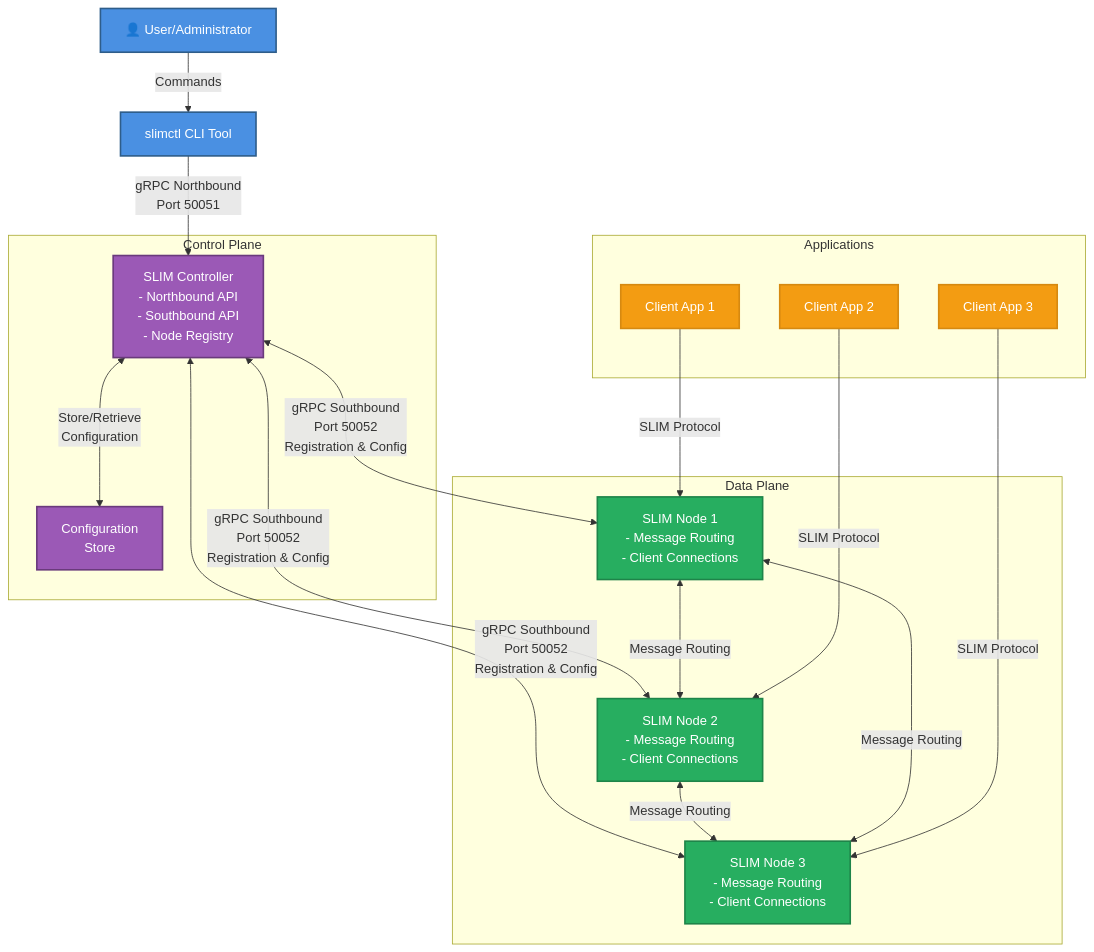
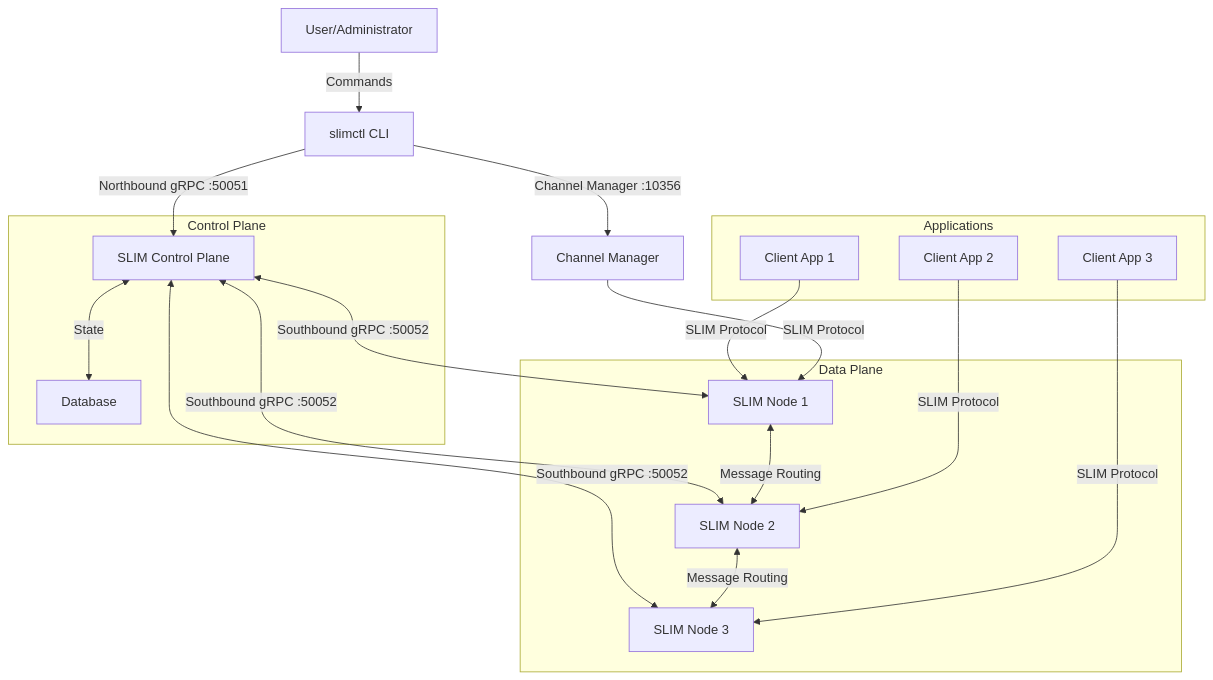
Before and after one commit to agntcy/slim: the first of 2 diagrams in docs/content/slim/slim-controller.md, drawn with Mermaid. The commit also changed other lines of this file and 11 other files, not shown here.

````diff
--- a/docs/content/slim/slim-controller.md
+++ b/docs/content/slim/slim-controller.md
@@ -235,59 +189,38 @@
 ```mermaid
 graph TB
-    %% User and CLI
-    User[👤 User/Administrator]
-    CLI[slimctl CLI Tool]
+    User[User/Administrator]
+    CLI[slimctl CLI]
 
-    %% Control Plane Components
-    subgraph "Control Plane"
-        Controller[SLIM Controller<br/>- Northbound API<br/>- Southbound API<br/>- Node Registry]
-        Config[Configuration<br/>Store]
+    subgraph ControlPlane [Control Plane]
+        Controller[SLIM Control Plane]
+        DB[Database]
     end
 
-    %% Data Plane Nodes
-    subgraph "Data Plane"
-        Node1[SLIM Node 1<br/>- Message Routing<br/>- Client Connections]
-        Node2[SLIM Node 2<br/>- Message Routing<br/>- Client Connections]
-        Node3[SLIM Node 3<br/>- Message Routing<br/>- Client Connections]
+    subgraph DataPlane [Data Plane]
+        Node1[SLIM Node 1]
+        Node2[SLIM Node 2]
+        Node3[SLIM Node 3]
     end
 
-    %% Client Applications
-    subgraph "Applications"
+    subgraph Apps [Applications]
         App1[Client App 1]
         App2[Client App 2]
         App3[Client App 3]
     end
 
-    %% User interactions
+    CM[Channel Manager]
+
     User -->|Commands| CLI
-    CLI -->|gRPC Northbound<br/>Port 50051| Controller
-
-    %% Control plane interactions
-    Controller <-->|Store/Retrieve<br/>Configuration| Config
-
-    %% Southbound connections
-    Controller <-->|gRPC Southbound<br/>Port 50052<br/>Registration & Config| Node1
-    Controller <-->|gRPC Southbound<br/>Port 50052<br/>Registration & Config| Node2
-    Controller <-->|gRPC Southbound<br/>Port 50052<br/>Registration & Config| Node3
-
-    %% Inter-node communication
+    CLI -->|Northbound gRPC :50051| Controller
+    Controller <-->|State| DB
+    Controller <-->|Southbound gRPC :50052| Node1
+    Controller <-->|Southbound gRPC :50052| Node2
+    Controller <-->|Southbound gRPC :50052| Node3
     Node1 <-->|Message Routing| Node2
     Node2 <-->|Message Routing| Node3
-    Node1 <-->|Message Routing| Node3
-
-    %% Application connections
     App1 -->|SLIM Protocol| Node1
     App2 -->|SLIM Protocol| Node2
     App3 -->|SLIM Protocol| Node3
-
-    %% Styling for light/dark mode compatibility
-    classDef user fill:#4A90E2,stroke:#2E5D8A,stroke-width:2px,color:#FFFFFF
-    classDef control fill:#9B59B6,stroke:#6A3A7C,stroke-width:2px,color:#FFFFFF
-    classDef data fill:#27AE60,stroke:#1E8449,stroke-width:2px,color:#FFFFFF
-    classDef app fill:#F39C12,stroke:#D68910,stroke-width:2px,color:#FFFFFF
-
-    class User,CLI user
-    class Controller,Config control
-    class Node1,Node2,Node3 data
-    class App1,App2,App3 app
+    CLI -->|Channel Manager :10356| CM
+    CM -->|SLIM Protocol| Node1
 ```
````
